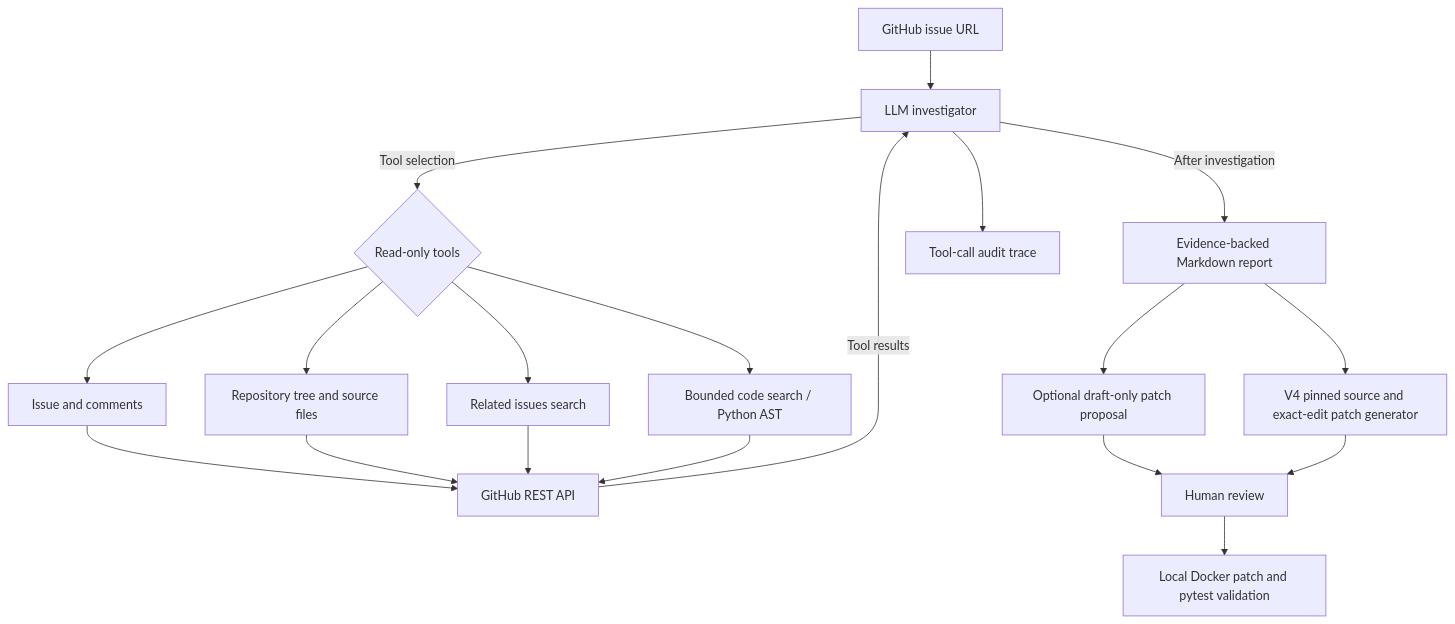
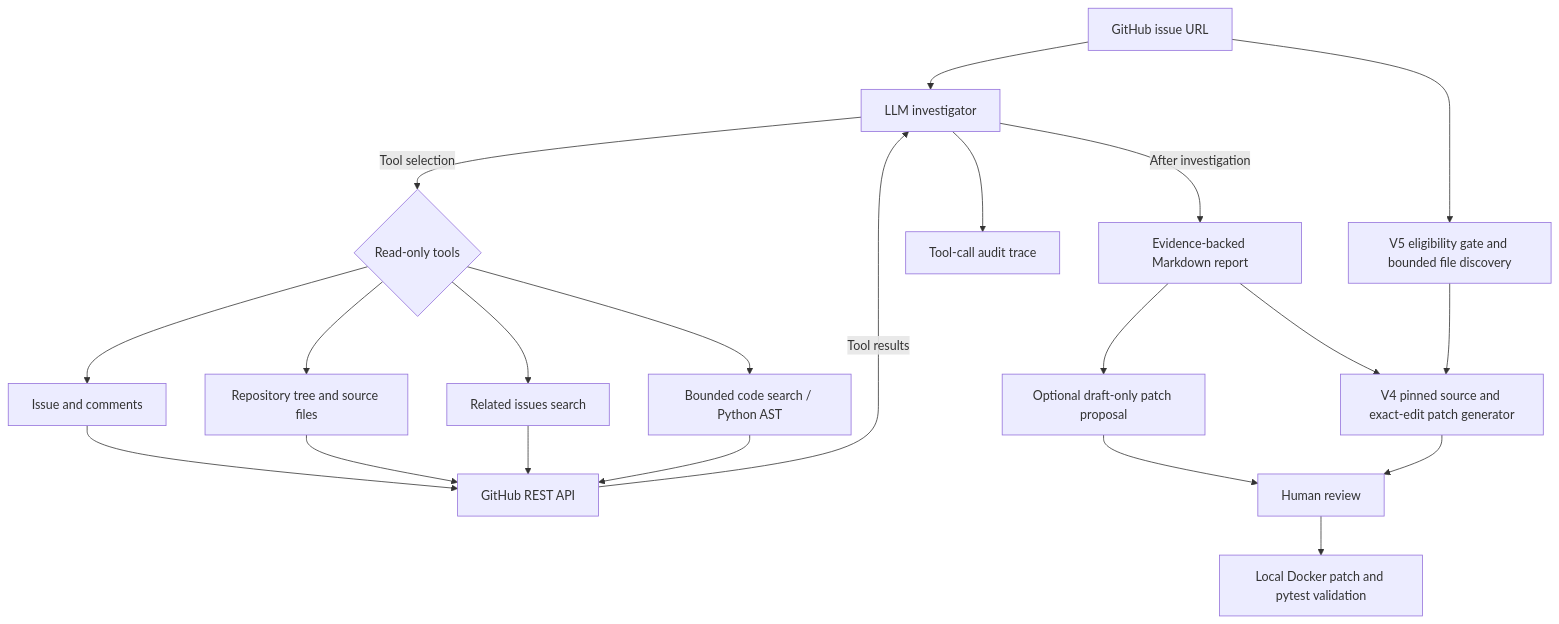
One commit to nfang-dev/issuepilot-agent changed the second of 2 diagrams in README.md. Above: the diagram before and after it, drawn with Mermaid. The commit also changed other lines of this file and 11 other files, not shown here.

````diff
--- a/README.md
+++ b/README.md
@@ -125,21 +179,23 @@
 ```mermaid
 flowchart TD
     U[GitHub issue URL] --> A[LLM investigator]
     A -->|Tool selection| T{Read-only tools}
     T --> I[Issue and comments]
     T --> F[Repository tree and source files]
     T --> S[Related issues search]
     T --> X[Bounded code search / Python AST]
     I --> G[GitHub REST API]
     F --> G
     S --> G
     X --> G
     G -->|Tool results| A
     A -->|After investigation| R[Evidence-backed Markdown report]
     A --> L[Tool-call audit trace]
     R --> P[Optional draft-only patch proposal]
     P --> H[Human review]
     R --> Q[V4 pinned source and exact-edit patch generator]
+    U --> EG[V5 eligibility gate and bounded file discovery]
+    EG --> Q
     Q --> H
     H --> D[Local Docker patch and pytest validation]
 ```
````
